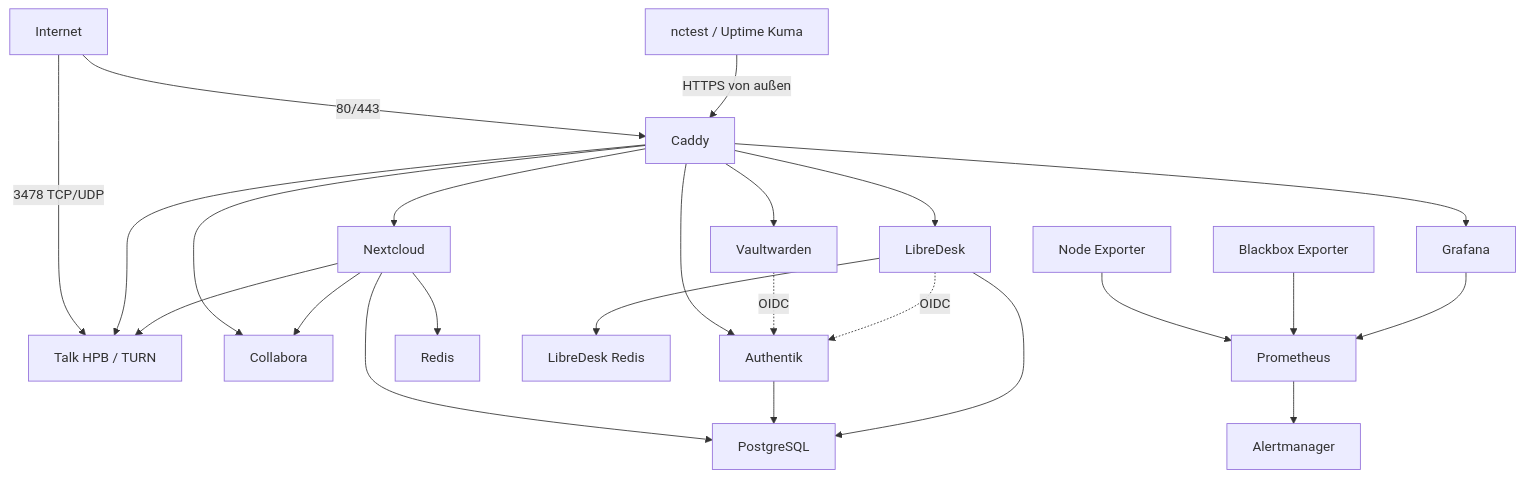
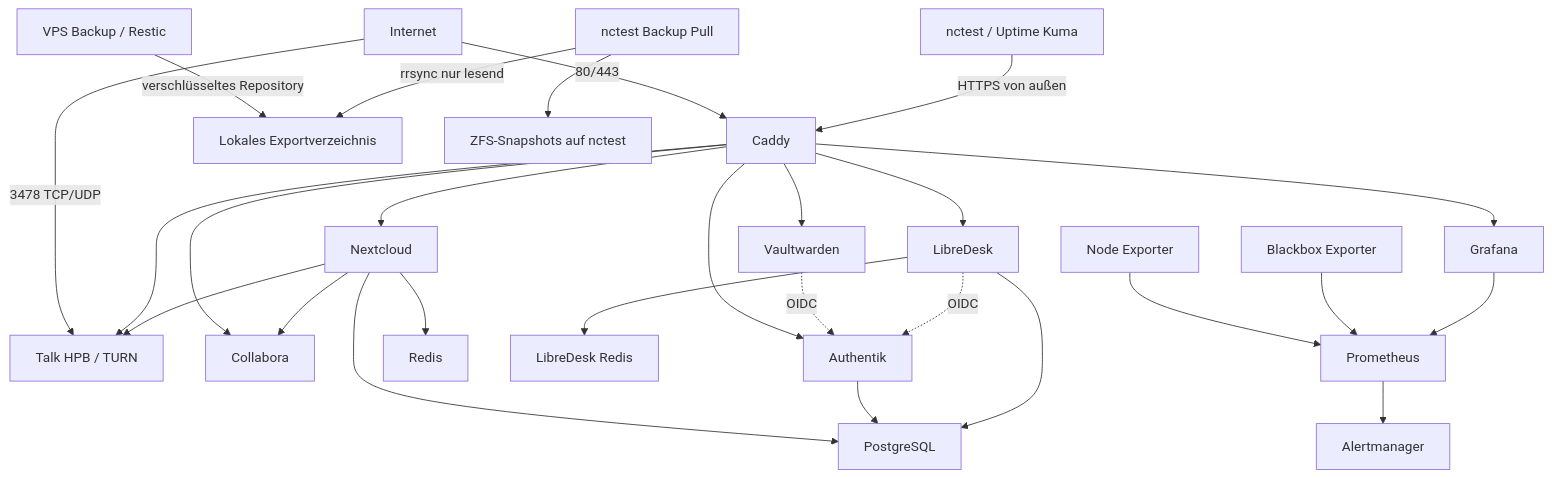
The diagram in docs/03-architecture.md (zircula-ev/infrastructure), drawn with Mermaid before and after one commit. The commit also changed other lines of this file, not shown here.

Commit message:
docs: document backup architecture

````diff
--- a/docs/03-architecture.md
+++ b/docs/03-architecture.md
@@ -5,29 +5,33 @@
 ```mermaid
 flowchart TD
     Internet -->|80/443| Caddy
     Internet -->|3478 TCP/UDP| TalkHPB[Talk HPB / TURN]
     nctest[nctest / Uptime Kuma] -->|HTTPS von außen| Caddy
 
     Caddy --> Nextcloud
     Caddy --> Collabora
     Caddy --> Authentik
     Caddy --> Grafana
     Caddy --> Vaultwarden
     Caddy --> LibreDesk
     Caddy --> TalkHPB
 
     Nextcloud --> PostgreSQL
     Nextcloud --> Redis
     Nextcloud --> Collabora
     Nextcloud --> TalkHPB
     Authentik --> PostgreSQL
     LibreDesk --> PostgreSQL
     LibreDesk --> LibreDeskRedis[LibreDesk Redis]
     Vaultwarden -.->|OIDC| Authentik
     LibreDesk -.->|OIDC| Authentik
 
     NodeExporter[Node Exporter] --> Prometheus
     BlackboxExporter[Blackbox Exporter] --> Prometheus
     Prometheus --> Alertmanager
     Grafana --> Prometheus
+
+    VPSBackup[VPS Backup / Restic] -->|verschlüsseltes Repository| VPSExport[Lokales Exportverzeichnis]
+    nctestBackup[nctest Backup Pull] -->|rrsync nur lesend| VPSExport
+    nctestBackup --> ZFSSnapshots[ZFS-Snapshots auf nctest]
 ```
````
